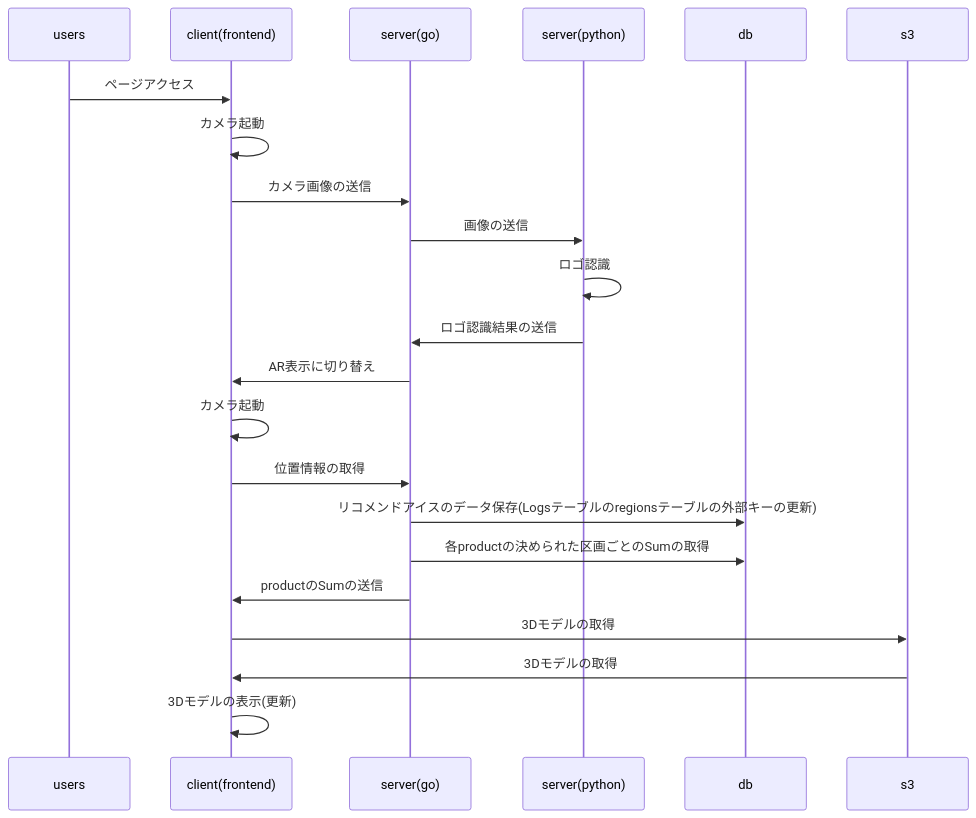
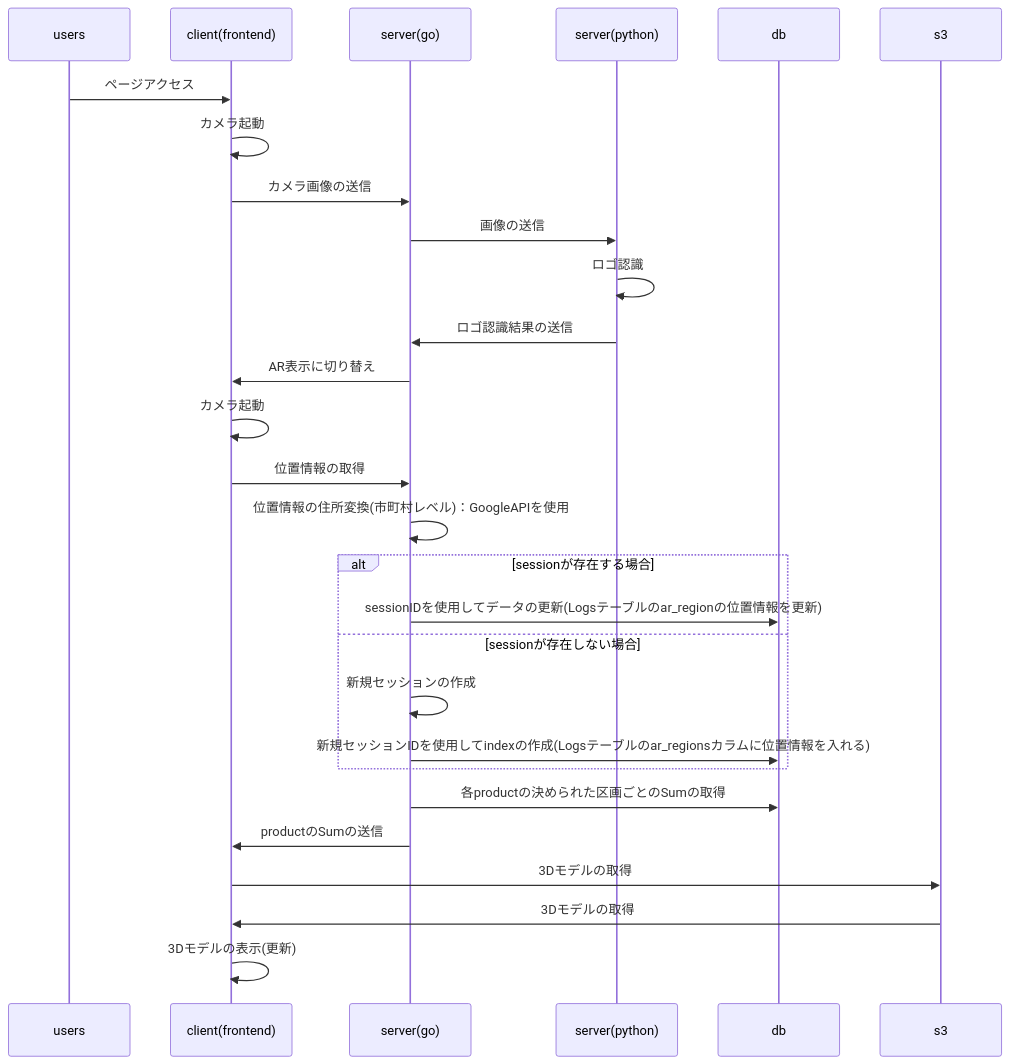
Before and after one commit to JavaLangRuntimeException/mltest: the second of 2 diagrams in docs/architecture/sequence_diagrams.md, drawn with Mermaid. The commit also changed other lines of this file and 10 other files, not shown here.

````diff
--- a/docs/architecture/sequence_diagrams.md
+++ b/docs/architecture/sequence_diagrams.md
@@ -30,26 +33,32 @@
 ```mermaid
 sequenceDiagram
   participant users
   participant client(frontend)
   participant server(go)
   participant server(python)
   participant db
   participant s3 
       
   users->>client(frontend): ページアクセス
   client(frontend)->>client(frontend): カメラ起動
   client(frontend)->>server(go): カメラ画像の送信
   server(go)->>server(python): 画像の送信
   server(python)->>server(python): ロゴ認識
   server(python)->>server(go): ロゴ認識結果の送信
   server(go)->>client(frontend): AR表示に切り替え
   
   client(frontend)->>client(frontend): カメラ起動
   client(frontend)->>server(go): 位置情報の取得
-  server(go)->>db: リコメンドアイスのデータ保存(Logsテーブルのregionsテーブルの外部キーの更新)
+  server(go)->>server(go): 位置情報の住所変換(市町村レベル)：GoogleAPIを使用
+  alt sessionが存在する場合
+    server(go)->>db: sessionIDを使用してデータの更新(Logsテーブルのar_regionの位置情報を更新)
+  else sessionが存在しない場合
+    server(go)->>server(go): 新規セッションの作成
+    server(go)->>db: 新規セッションIDを使用してindexの作成(Logsテーブルのar_regionsカラムに位置情報を入れる)
+  end
   server(go)->>db: 各productの決められた区画ごとのSumの取得
   server(go)->>client(frontend): productのSumの送信
   client(frontend)->>s3: 3Dモデルの取得
   s3->>client(frontend): 3Dモデルの取得
   client(frontend)->>client(frontend): 3Dモデルの表示(更新)
 ```
````
